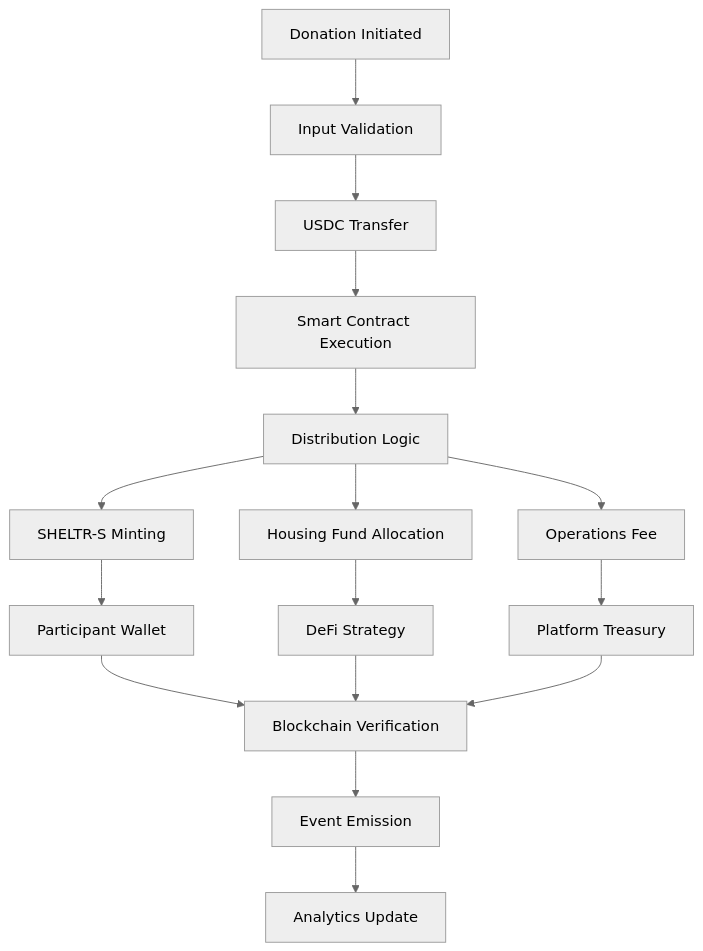
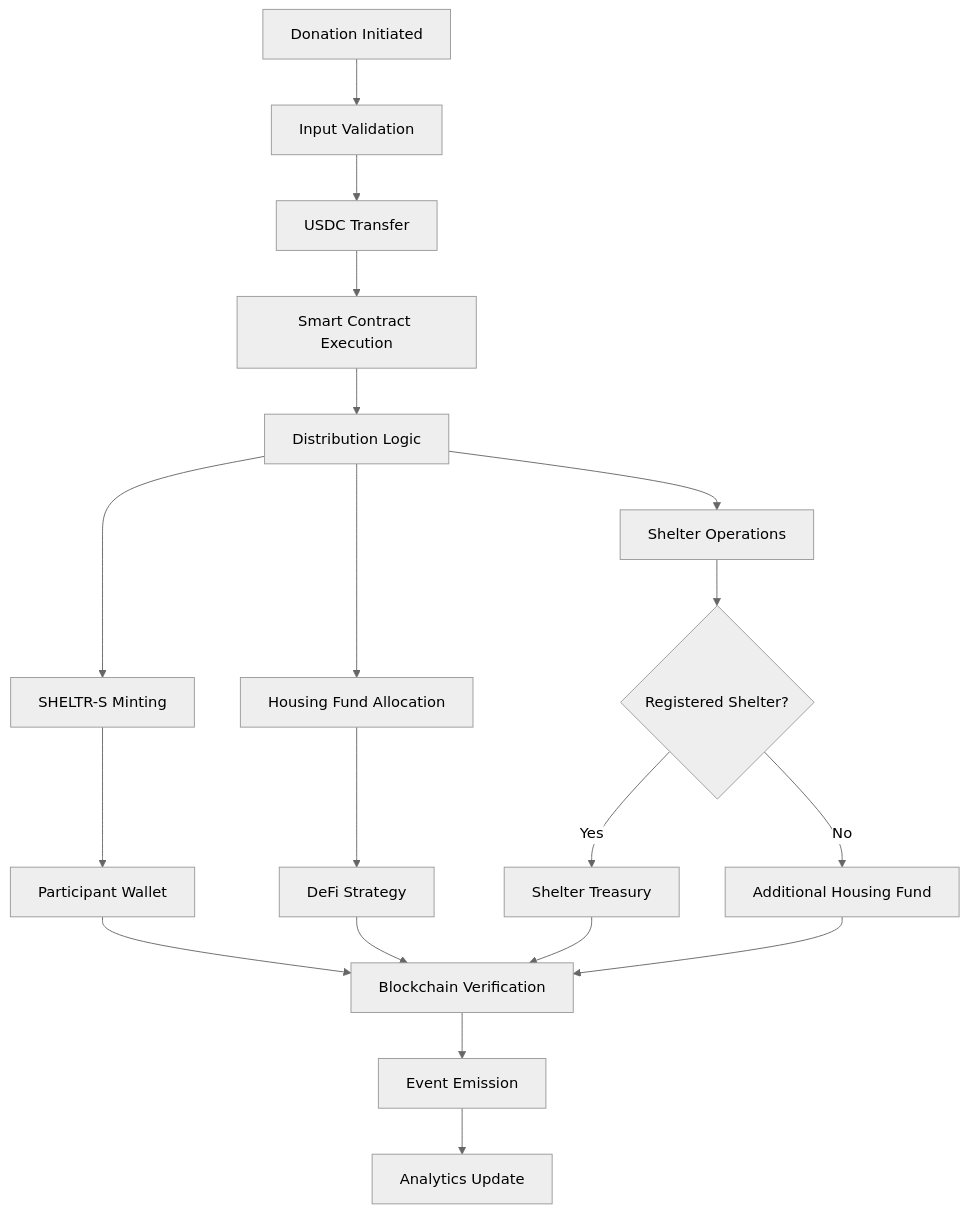
One commit to mrj0nesmtl/sheltr-ai changed the diagram in docs/02-architecture/technical/blockchain.md. Above: the diagram before and after it, drawn with Mermaid (neutral theme). The commit also changed other lines of this file and 27 other files, not shown here.

````diff
--- a/docs/02-architecture/technical/blockchain.md
+++ b/docs/02-architecture/technical/blockchain.md
@@ -408,18 +446,21 @@
 ```mermaid
 graph TD
     A[Donation Initiated] --> B[Input Validation]
     B --> C[USDC Transfer]
     C --> D[Smart Contract Execution]
     D --> E[Distribution Logic]
     E --> F[SHELTR-S Minting]
     E --> G[Housing Fund Allocation]
-    E --> H[Operations Fee]
+    E --> H[Shelter Operations]
     F --> I[Participant Wallet]
     G --> J[DeFi Strategy]
-    H --> K[Platform Treasury]
-    I --> L[Blockchain Verification]
-    J --> L
-    K --> L
-    L --> M[Event Emission]
-    M --> N[Analytics Update]
+    H --> K{Registered Shelter?}
+    K -->|Yes| L[Shelter Treasury]
+    K -->|No| M[Additional Housing Fund]
+    I --> N[Blockchain Verification]
+    J --> N
+    L --> N
+    M --> N
+    N --> O[Event Emission]
+    O --> P[Analytics Update]
 ```
````
